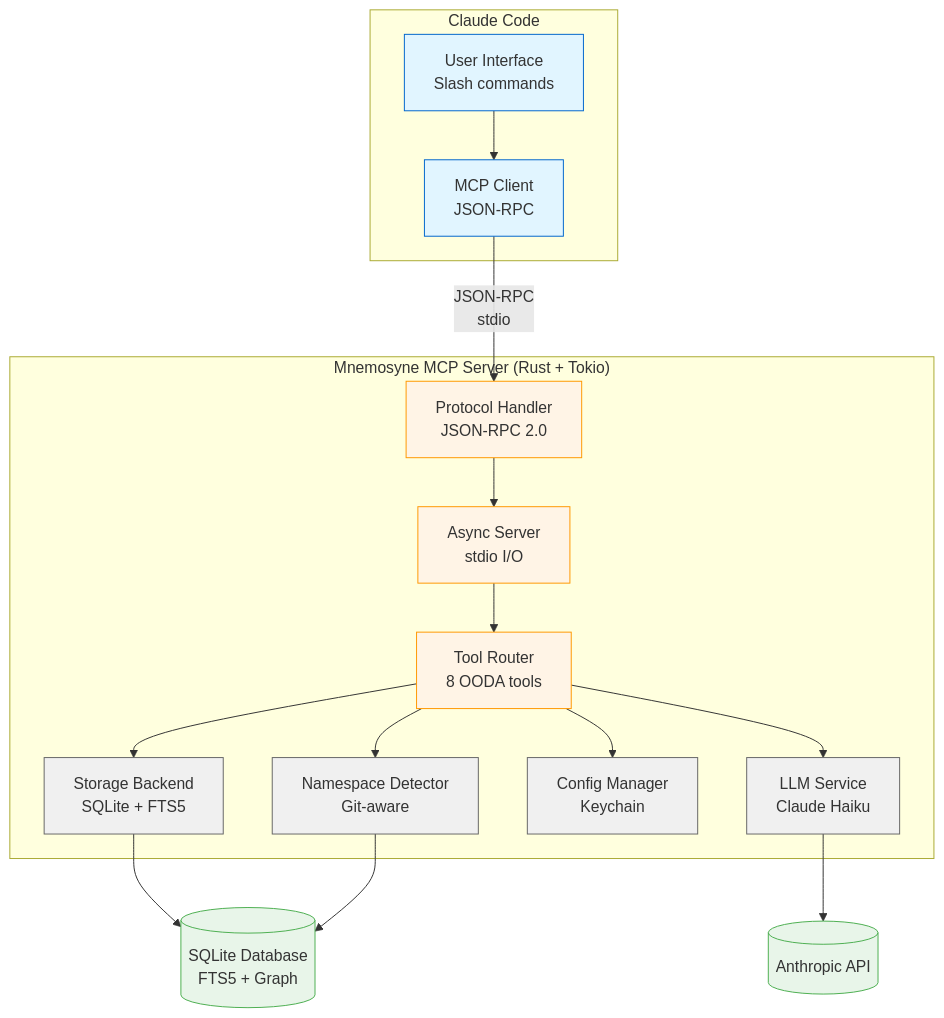
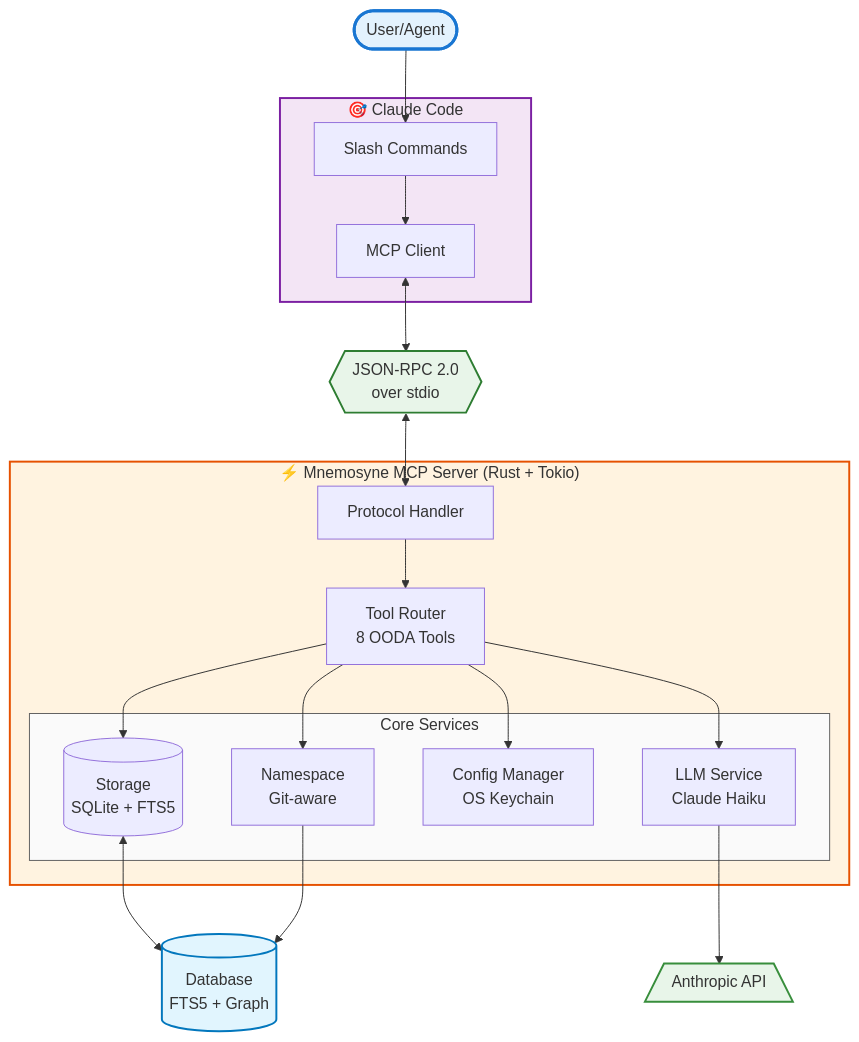
One commit to rand/mnemosyne changed the diagram in MCP_SERVER.md. Above: the diagram before and after it, drawn with Mermaid. The commit also changed other lines of this file and 2 other files, not shown here.

Commit message:
Improve diagram types and formatting for better readability
Key improvements:
- Replace C4 Container diagram with cleaner flowchart in README
- Add emoji icons for visual hierarchy
- Use consistent color coding across all diagrams
- Add proper node shapes (database cylinders, protocol diamonds)
- Improve subgraph organization and nesting

Sequence diagram enhancements:
- Add autonumber for step tracking
- Add colored rect boxes to group logical phases
- Improve note placement and content
- Better participant ordering
- Add success checkmarks (✓) in return messages

Flowchart improvements:
- Clear top-down flow with logical grouping
- Distinct colors for different component types
- Better label formatting with line breaks
- Cleaner connection patterns
- Supplementary tables for detailed information

Benefits:
- Much easier to scan and understand at a glance
- Color coding helps distinguish component types
- Numbered steps in sequences show execution order
- Grouped phases in sequences show logical boundaries
- Professional appearance with consistent styling

````diff
--- a/MCP_SERVER.md
+++ b/MCP_SERVER.md
@@ -399,45 +399,49 @@
 ```mermaid
-graph TB
-    subgraph claude["Claude Code"]
-        ui[User Interface<br/>Slash commands]
-        client[MCP Client<br/>JSON-RPC]
+flowchart TD
+    User([User/Agent])
+
+    subgraph Claude["🎯 Claude Code"]
+        UI[Slash Commands]
+        Client[MCP Client]
     end
 
-    subgraph mcp["Mnemosyne MCP Server (Rust + Tokio)"]
-        protocol[Protocol Handler<br/>JSON-RPC 2.0]
-        server[Async Server<br/>stdio I/O]
-        tools[Tool Router<br/>8 OODA tools]
+    Protocol{{JSON-RPC 2.0<br/>over stdio}}
 
-        storage[Storage Backend<br/>SQLite + FTS5]
-        llm[LLM Service<br/>Claude Haiku]
-        config[Config Manager<br/>Keychain]
-        ns[Namespace Detector<br/>Git-aware]
+    subgraph Server["⚡ Mnemosyne MCP Server (Rust + Tokio)"]
+        Handler[Protocol Handler]
+        Router[Tool Router<br/>8 OODA Tools]
+
+        subgraph Services["Core Services"]
+            Storage[(Storage<br/>SQLite + FTS5)]
+            LLM[LLM Service<br/>Claude Haiku]
+            Config[Config Manager<br/>OS Keychain]
+            NS[Namespace<br/>Git-aware]
+        end
     end
 
-    api[("Anthropic API")]
-    db[(SQLite Database<br/>FTS5 + Graph)]
+    API[/Anthropic API\]
+    DB[(Database<br/>FTS5 + Graph)]
 
-    ui --> client
-    client -->|JSON-RPC<br/>stdio| protocol
-    protocol --> server
-    server --> tools
+    User --> UI
+    UI --> Client
+    Client <--> Protocol
+    Protocol <--> Handler
+    Handler --> Router
 
-    tools --> storage
-    tools --> llm
-    tools --> ns
-    tools --> config
+    Router --> Storage
+    Router --> LLM
+    Router --> Config
+    Router --> NS
 
-    storage --> db
-    llm --> api
-    ns --> db
+    Storage <--> DB
+    LLM --> API
+    NS --> DB
 
-    classDef claudeStyle fill:#e1f5ff,stroke:#0066cc
-    classDef mcpStyle fill:#fff4e6,stroke:#ff9800
-    classDef serviceStyle fill:#f0f0f0,stroke:#666
-    classDef externalStyle fill:#e8f5e9,stroke:#4caf50
-
-    class ui,client claudeStyle
-    class protocol,server,tools mcpStyle
-    class storage,llm,config,ns serviceStyle
-    class api,db externalStyle
+    style User fill:#e3f2fd,stroke:#1976d2,stroke-width:3px
+    style Claude fill:#f3e5f5,stroke:#7b1fa2,stroke-width:2px
+    style Server fill:#fff3e0,stroke:#e65100,stroke-width:2px
+    style Services fill:#fafafa,stroke:#616161,stroke-width:1px
+    style Protocol fill:#e8f5e9,stroke:#2e7d32,stroke-width:2px
+    style API fill:#e8f5e9,stroke:#388e3c,stroke-width:2px
+    style DB fill:#e1f5fe,stroke:#0277bd,stroke-width:2px
 ```
````
